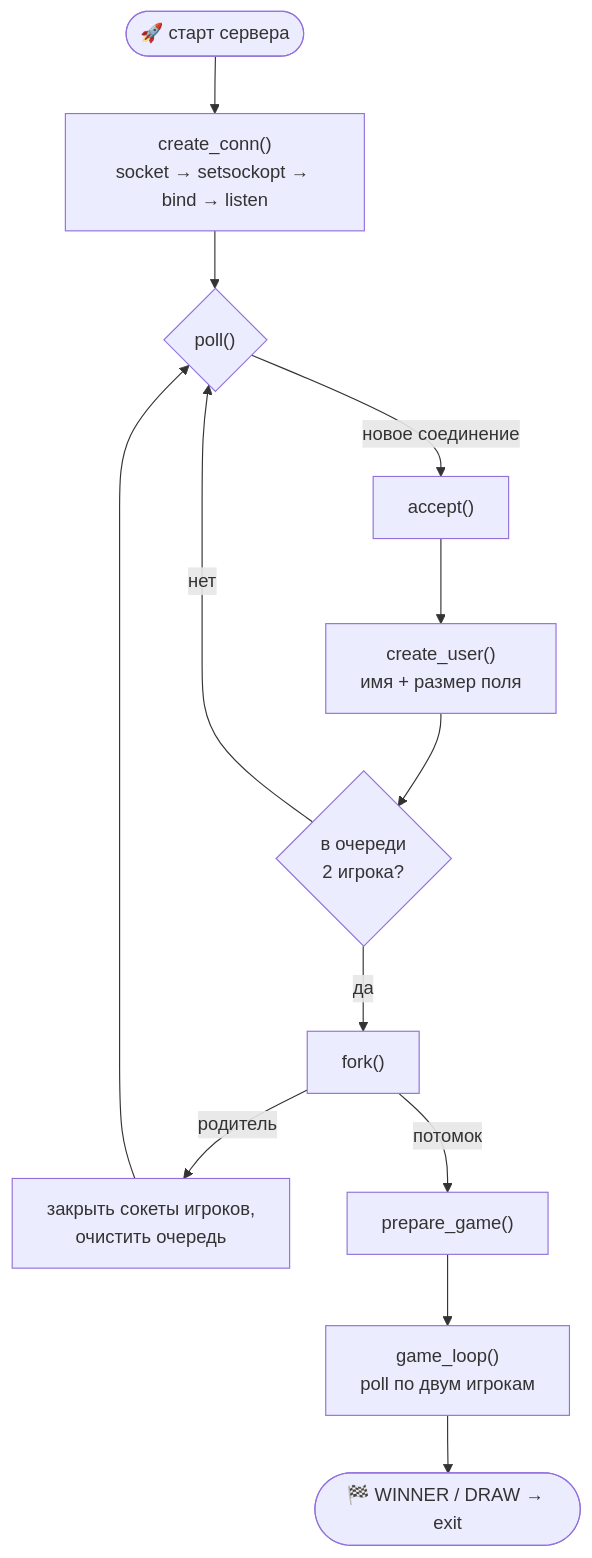
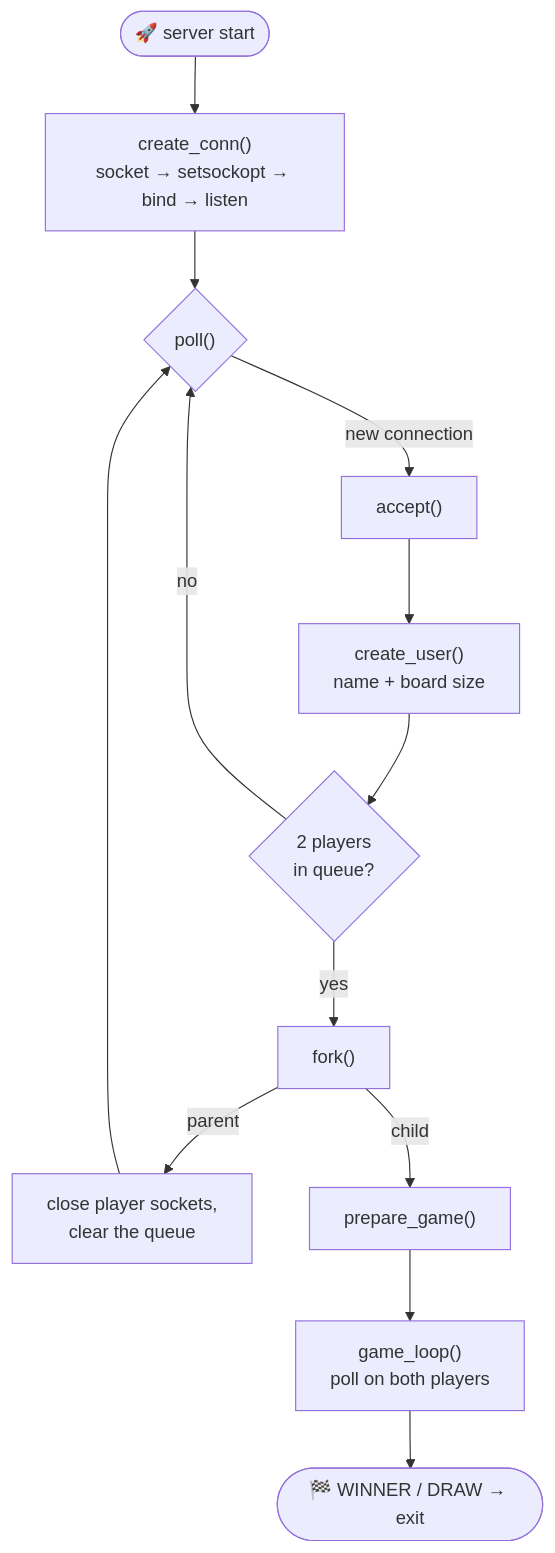
Before and after one commit to Surjan1619/XO_game: the first of 2 diagrams in README.md, drawn with Mermaid. The commit also changed other lines of this file, not shown here.

````diff
--- a/README.md
+++ b/README.md
@@ -103,15 +103,15 @@
 ```mermaid
 flowchart TD
-    A([🚀 старт сервера]) --> B["create_conn()<br/>socket → setsockopt → bind → listen"]
+    A([🚀 server start]) --> B["create_conn()<br/>socket → setsockopt → bind → listen"]
     B --> C{"poll()"}
-    C -->|новое соединение| D["accept()"]
-    D --> E["create_user()<br/>имя + размер поля"]
-    E --> F{"в очереди<br/>2 игрока?"}
-    F -->|нет| C
-    F -->|да| G["fork()"]
-    G -->|родитель| H["закрыть сокеты игроков,<br/>очистить очередь"]
+    C -->|new connection| D["accept()"]
+    D --> E["create_user()<br/>name + board size"]
+    E --> F{"2 players<br/>in queue?"}
+    F -->|no| C
+    F -->|yes| G["fork()"]
+    G -->|parent| H["close player sockets,<br/>clear the queue"]
     H --> C
-    G -->|потомок| I["prepare_game()"]
-    I --> J["game_loop()<br/>poll по двум игрокам"]
+    G -->|child| I["prepare_game()"]
+    I --> J["game_loop()<br/>poll on both players"]
     J --> K([🏁 WINNER / DRAW → exit])
 ```
````
